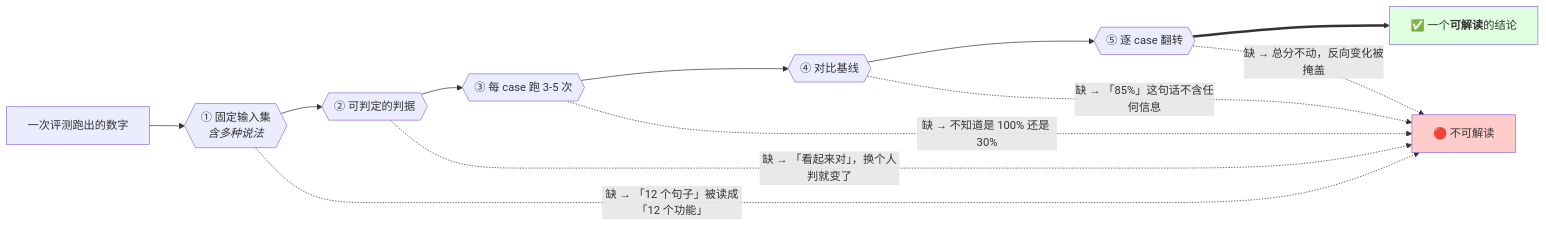
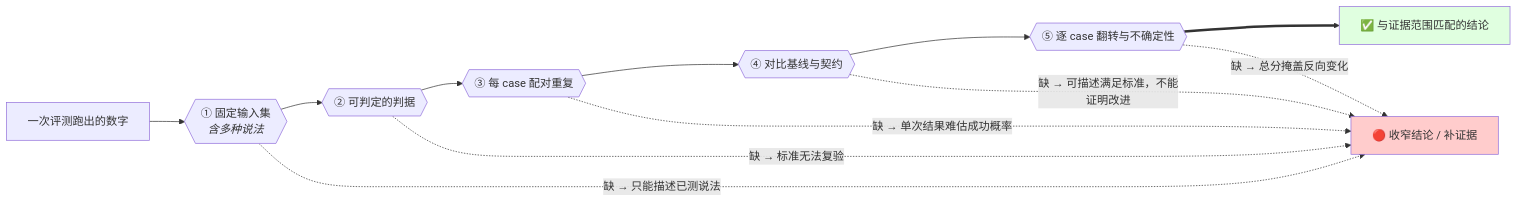
Before and after one commit to didadila/ai-agent-handbook: the second of 10 diagrams in handbook/ai-agent/06-评估.md, drawn with Mermaid. The commit also changed other lines of this file and 211 other files, not shown here.

````diff
--- a/handbook/ai-agent/06-评估.md
+++ b/handbook/ai-agent/06-评估.md
@@ -132,18 +165,18 @@
 ```mermaid
 flowchart LR
     R["一次评测跑出的数字"] --> G1{{"① 固定输入集<br/><i>含多种说法</i>"}}
     G1 --> G2{{"② 可判定的判据"}}
-    G2 --> G3{{"③ 每 case 跑 3-5 次"}}
-    G3 --> G4{{"④ 对比基线"}}
-    G4 --> G5{{"⑤ 逐 case 翻转"}}
-    G5 ==> OK["✅ 一个<b>可解读</b>的结论"]
+    G2 --> G3{{"③ 每 case 配对重复"}}
+    G3 --> G4{{"④ 对比基线与契约"}}
+    G4 --> G5{{"⑤ 逐 case 翻转与不确定性"}}
+    G5 ==> OK["✅ 与证据范围匹配的结论"]
 
-    G1 -.->|"缺 → 「12 个句子」被读成「12 个功能」"| X1["🔴 不可解读"]
-    G2 -.->|"缺 → 「看起来对」，换个人判就变了"| X1
-    G3 -.->|"缺 → 不知道是 100% 还是 30%"| X1
-    G4 -.->|"缺 → 「85%」这句话不含任何信息"| X1
-    G5 -.->|"缺 → 总分不动，反向变化被掩盖"| X1
+    G1 -.->|"缺 → 只能描述已测说法"| X1["🔴 收窄结论 / 补证据"]
+    G2 -.->|"缺 → 标准无法复验"| X1
+    G3 -.->|"缺 → 单次结果难估成功概率"| X1
+    G4 -.->|"缺 → 可描述满足标准，不能证明改进"| X1
+    G5 -.->|"缺 → 总分掩盖反向变化"| X1
 
     style OK fill:#e0ffe0
     style X1 fill:#ffcccc
 ```
````
